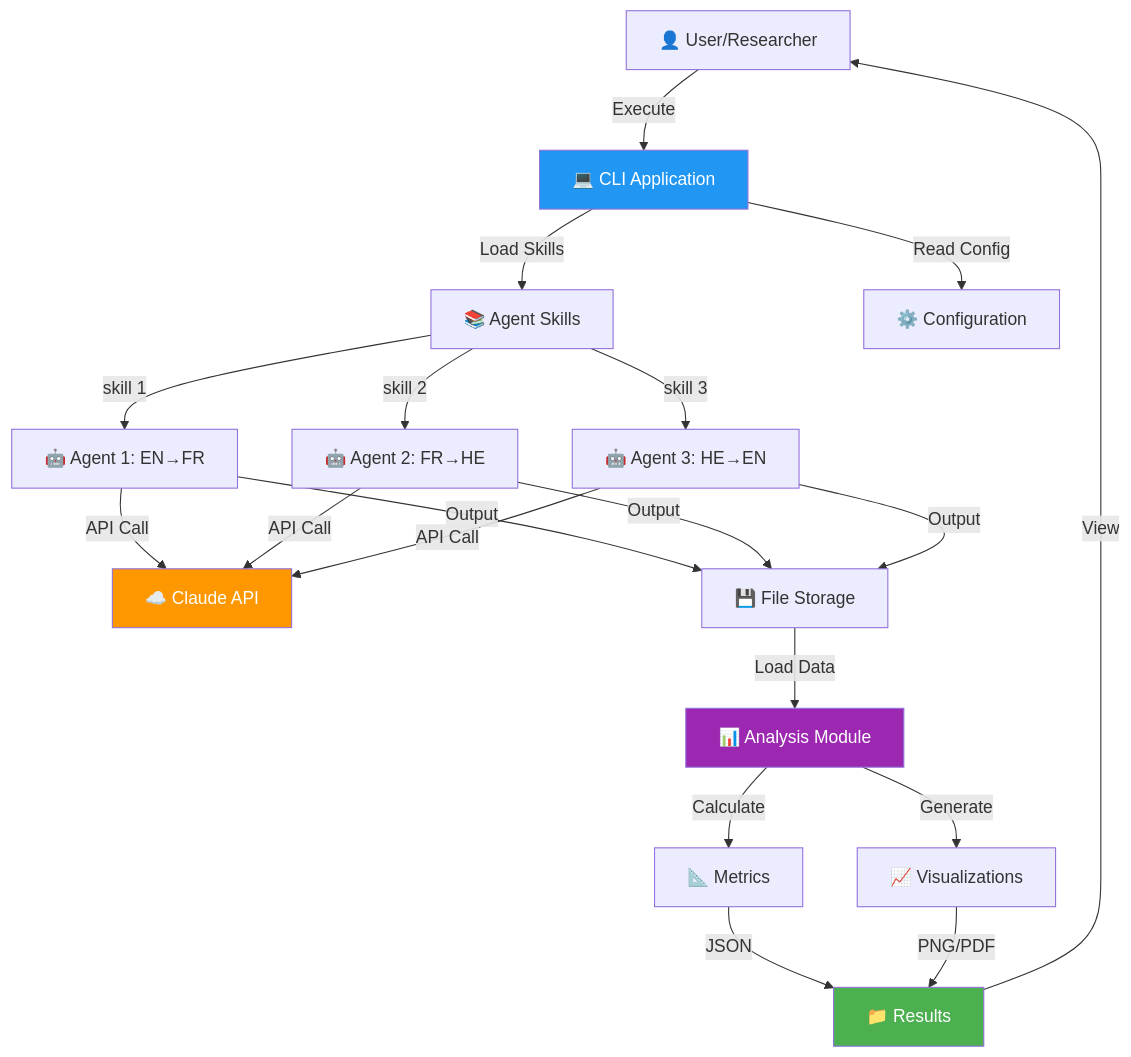
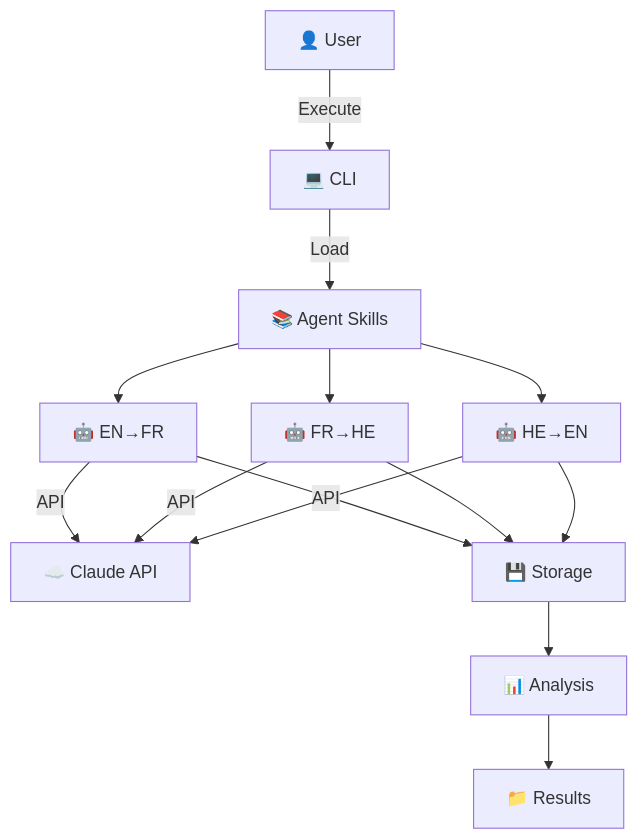
Before and after one commit to fouada/Assignment_3_Agentic-Turing-Machine-Development_-CLI-: the diagram in README.md, drawn with Mermaid. The commit also changed other lines of this file, not shown here.

````diff
--- a/README.md
+++ b/README.md
@@ -388,33 +196,12 @@
 ```mermaid
 graph TB
-    USER[👤 User/Researcher] -->|Execute| CLI[💻 CLI Application]
-
-    CLI -->|Load Skills| SKILLS[📚 Agent Skills]
-    CLI -->|Read Config| CONFIG[⚙️ Configuration]
-
-    SKILLS -->|skill 1| AGENT1[🤖 Agent 1: EN→FR]
-    SKILLS -->|skill 2| AGENT2[🤖 Agent 2: FR→HE]
-    SKILLS -->|skill 3| AGENT3[🤖 Agent 3: HE→EN]
-
-    AGENT1 -->|API Call| CLAUDE[☁️ Claude API]
-    AGENT2 -->|API Call| CLAUDE
-    AGENT3 -->|API Call| CLAUDE
-
-    AGENT1 -->|Output| STORAGE[💾 File Storage]
-    AGENT2 -->|Output| STORAGE
-    AGENT3 -->|Output| STORAGE
-
-    STORAGE -->|Load Data| ANALYSIS[📊 Analysis Module]
-    ANALYSIS -->|Generate| GRAPHS[📈 Visualizations]
-    ANALYSIS -->|Calculate| METRICS[📐 Metrics]
-
-    METRICS -->|JSON| RESULTS[📁 Results]
-    GRAPHS -->|PNG/PDF| RESULTS
-
-    RESULTS -->|View| USER
-
-    style CLI fill:#2196F3,color:#fff
-    style CLAUDE fill:#FF9800,color:#fff
-    style ANALYSIS fill:#9C27B0,color:#fff
-    style RESULTS fill:#4CAF50,color:#fff
+    USER[👤 User] -->|Execute| CLI[💻 CLI]
+    CLI -->|Load| SKILLS[📚 Agent Skills]
+    SKILLS --> AGENT1[🤖 EN→FR]
+    SKILLS --> AGENT2[🤖 FR→HE]
+    SKILLS --> AGENT3[🤖 HE→EN]
+    AGENT1 & AGENT2 & AGENT3 -->|API| CLAUDE[☁️ Claude API]
+    AGENT1 & AGENT2 & AGENT3 --> STORAGE[💾 Storage]
+    STORAGE --> ANALYSIS[📊 Analysis]
+    ANALYSIS --> RESULTS[📁 Results]
 ```
````
